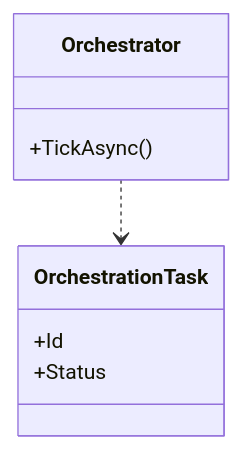
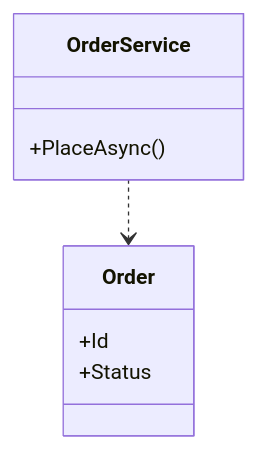
Before and after one commit to Lukdrasil/claude-factory: the sixth of 10 diagrams in skills/block-research/references/diagrams.md, drawn with Mermaid. The commit also changed other lines of this file and 48 other files, not shown here.

````diff
--- a/skills/block-research/references/diagrams.md
+++ b/skills/block-research/references/diagrams.md
@@ -77,11 +77,11 @@
 ```mermaid
 classDiagram
-    class Orchestrator {
-        +TickAsync()
+    class OrderService {
+        +PlaceAsync()
     }
-    class OrchestrationTask {
+    class Order {
         +Id
         +Status
     }
-    Orchestrator ..> OrchestrationTask
+    OrderService ..> Order
 ```
````
